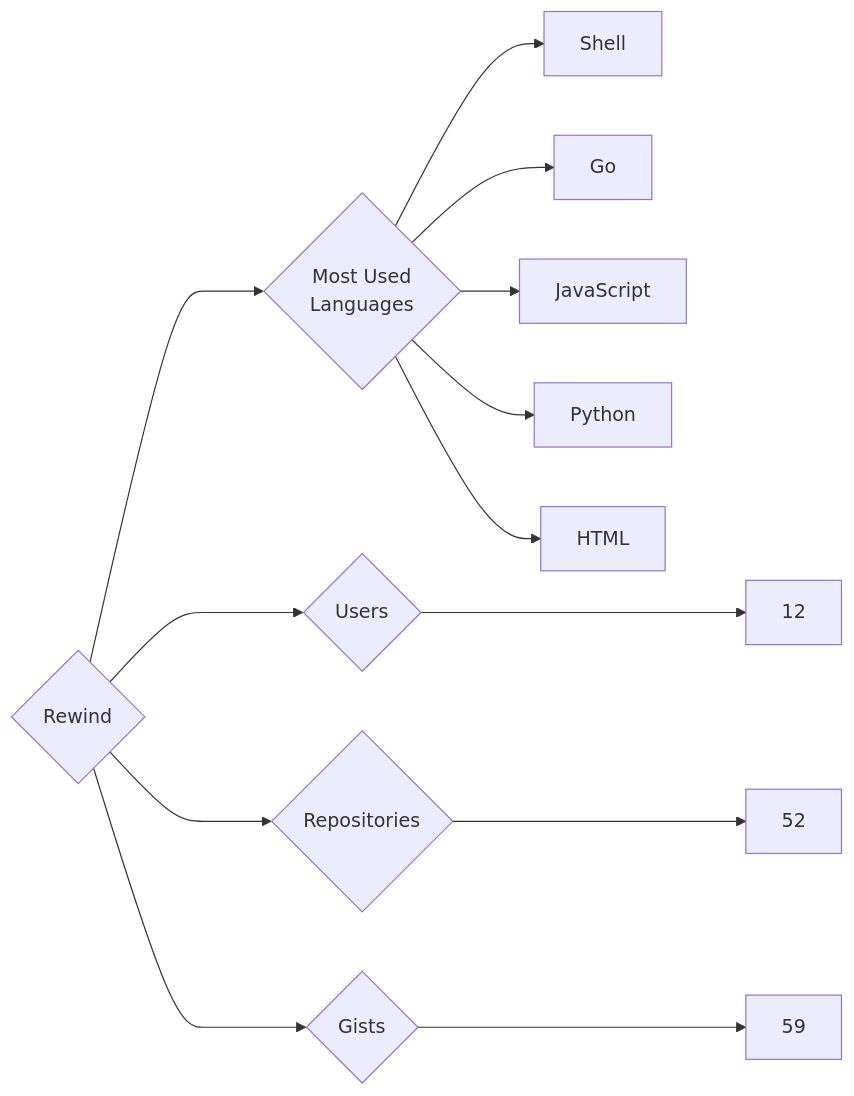
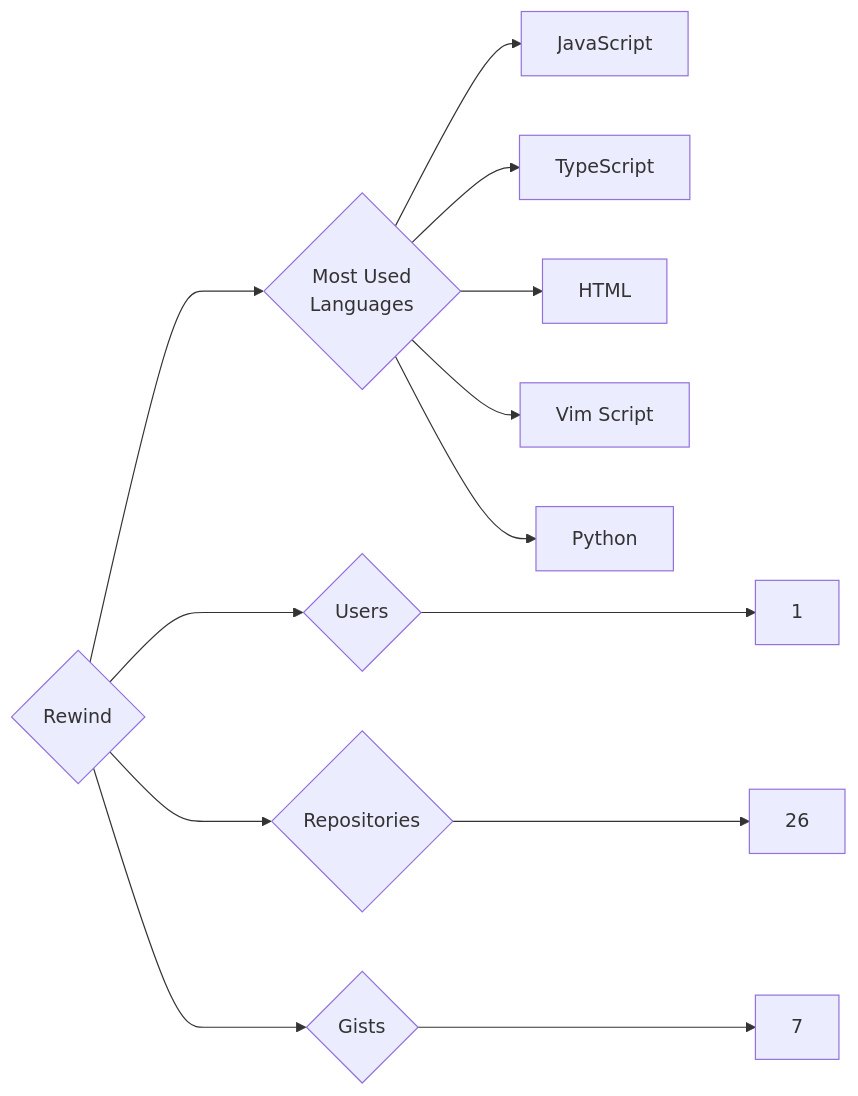
The diagram in targets/Rewind/README.md (trickest/insiders), drawn with Mermaid before and after one commit. The commit also changed 444 other files, not shown here.

````diff
--- a/targets/Rewind/README.md
+++ b/targets/Rewind/README.md
@@ -3,13 +3,13 @@
 ```mermaid
 graph LR
 COMPANY_NAME{Rewind}
-COMPANY_NAME ---> U{Users} ---> UN[12]
-COMPANY_NAME ---> R{Repositories} ---> RN[52]
-COMPANY_NAME ---> G{Gists} ---> GN[59]
+COMPANY_NAME ---> U{Users} ---> UN[1]
+COMPANY_NAME ---> R{Repositories} ---> RN[26]
+COMPANY_NAME ---> G{Gists} ---> GN[7]
 COMPANY_NAME ---> ML{Most Used<br>Languages}
-ML --> Shell[Shell]
-ML --> Go[Go]
 ML --> JavaScript[JavaScript]
+ML --> TypeScript[TypeScript]
+ML --> HTML[HTML]
+ML --> Vim_Script[Vim Script]
 ML --> Python[Python]
-ML --> HTML[HTML]
 ```
````
